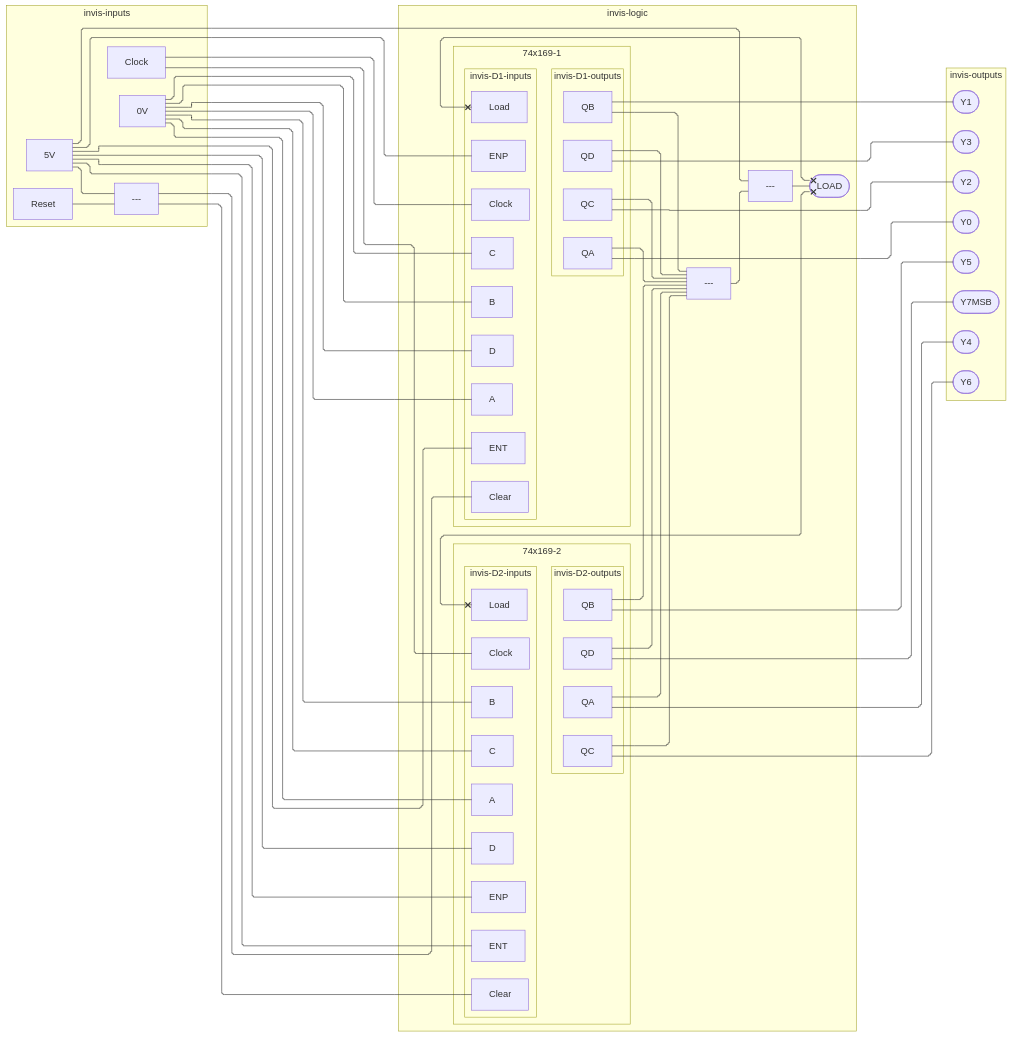
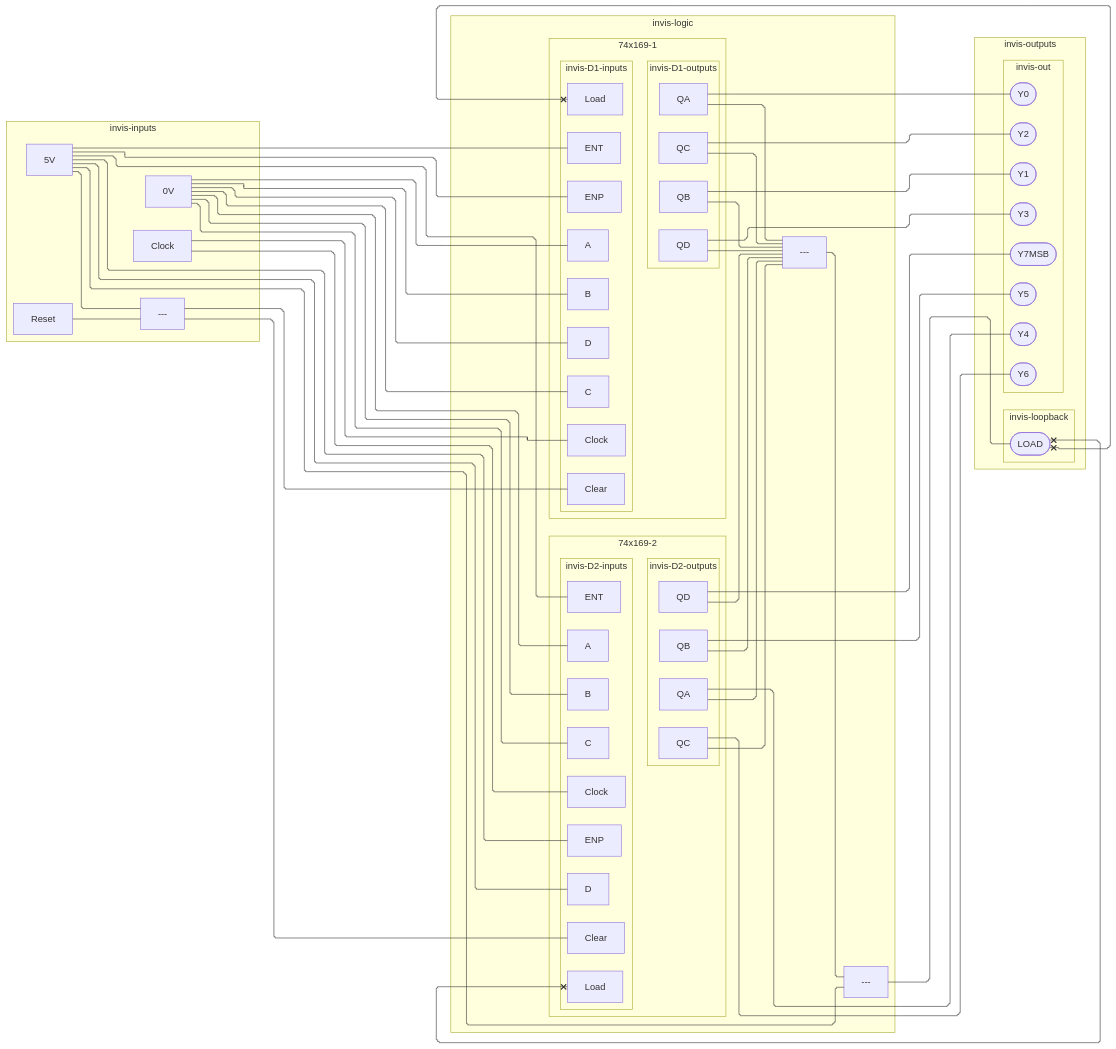
One commit to tnichols217/notes changed the seventh of 7 diagrams in CSDS 281 - Logic Design/HW/8/Tables.md. Above: the diagram before and after it, drawn with Mermaid.

Commit message:
vault backup: 2024-04-05 02:07:51

````diff
--- a/CSDS 281 - Logic Design/HW/8/Tables.md
+++ b/CSDS 281 - Logic Design/HW/8/Tables.md
@@ -327,77 +327,81 @@
 ```mermaid
 %%{ init: { 'flowchart': { 'curve': 'stepBefore', "defaultRenderer": "elk" } } }%%
 flowchart LR
 subgraph invis-inputs
 	Clock
 	5V
 	0V
 	Reset
 	Reset & 5V --- xor1[---]
 end
 subgraph invis-logic
 	subgraph 74x169-1
 		subgraph invis-D1-inputs
 			D1c[Clock]
 			D1CLR[Clear]
 			D1LD[Load]
 			D1ENP[ENP]
 			D1ENT[ENT]
 			D1A[A]
 			D1B[B]
 			D1C[C]
 			D1D[D]
 		end
 		Clock --- D1c
 		xor1 --- D1CLR
 		subgraph invis-D1-outputs
 			Q1A[QA]
 			Q1B[QB]
 			Q1C[QC]
 			Q1D[QD]
 		end
 		invis-D1-inputs ~~~ invis-D1-outputs
 	end
 	subgraph 74x169-2
 		subgraph invis-D2-inputs
 			D2c[Clock]
 			D2CLR[Clear]
 			D2LD[Load]
 			D2ENP[ENP]
 			D2ENT[ENT]
 			D2A[A]
 			D2B[B]
 			D2C[C]
 			D2D[D]
 		end
 		Clock --- D2c
 		xor1 --- D2CLR
 		subgraph invis-D2-outputs
 			Q2A[QA]
 			Q2B[QB]
 			Q2C[QC]
 			Q2D[QD]
 		end
 		invis-D2-inputs ~~~ invis-D2-outputs
 	end
 	5V --- D1ENP & D1ENT
 	5V --- D2ENP & D2ENT
 	Q1A & Q1B & Q1C & Q1D & Q2A & Q2B & Q2C & Q2D
 		--- nor1[---]
 	5V & nor1 --- xor2[---]
-	xor2 --- RLD([LOAD])
-	RLD x---x D1LD & D2LD
 	0V --- D1A & D1B & D1C & D1D & D2A & D2B & D2C
 	5V --- D2D
 end
 subgraph invis-outputs
-	Q1A --- Y0([Y0])
-	Q1B --- Y1([Y1])
-	Q1C --- Y2([Y2])
-	Q1D --- Y3([Y3])
-	Q2A --- Y4([Y4])
-	Q2B --- Y5([Y5])
-	Q2C --- Y6([Y6])
-	Q2D --- Y7([Y7MSB])
+	subgraph invis-loopback
+		xor2 --- RLD([LOAD])
+		RLD x---x D1LD & D2LD
+	end
+	subgraph invis-out
+		Q1A --- Y0([Y0])
+		Q1B --- Y1([Y1])
+		Q1C --- Y2([Y2])
+		Q1D --- Y3([Y3])
+		Q2A --- Y4([Y4])
+		Q2B --- Y5([Y5])
+		Q2C --- Y6([Y6])
+		Q2D --- Y7([Y7MSB])
+	end
 end
 invis-inputs ~~~ invis-logic ~~~ invis-outputs
 ```
````
